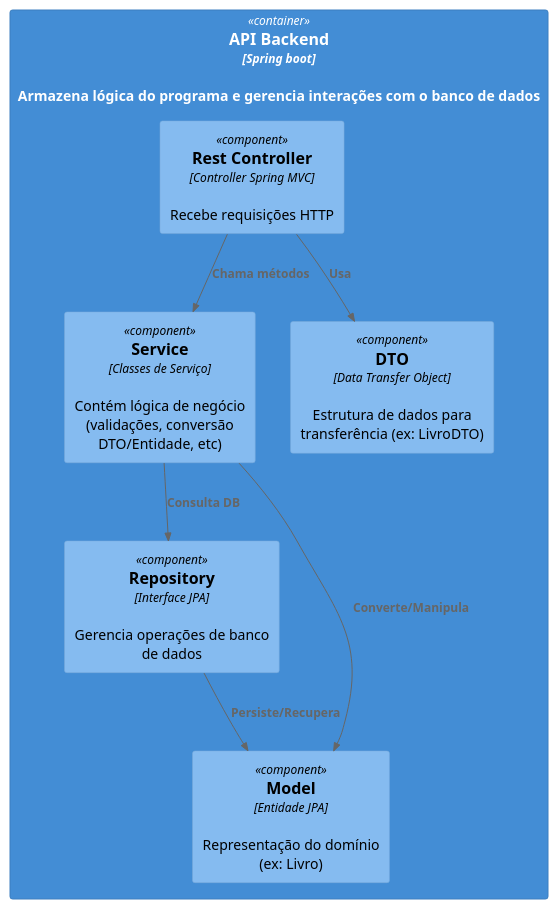
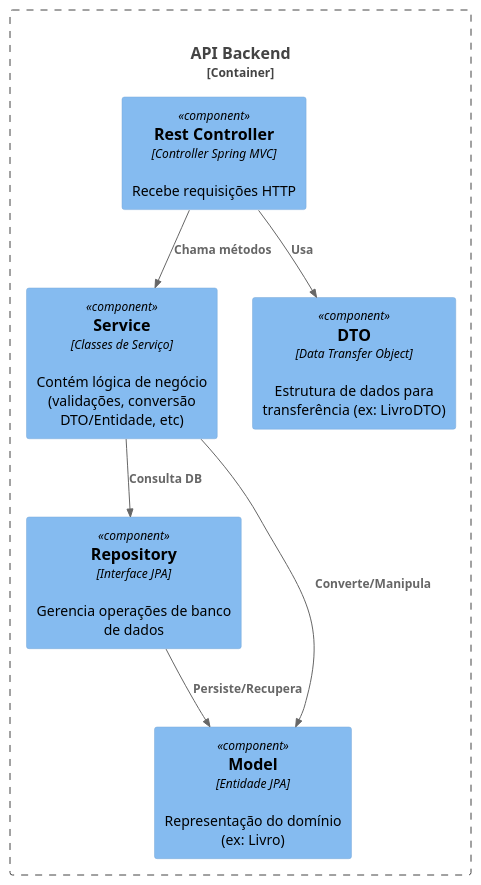
Before and after one commit to nyckturbina/e-library: the diagram in docs/c4-model/Component.puml, drawn with PlantUML.

```diff
--- a/docs/c4-model/Component.puml
+++ b/docs/c4-model/Component.puml
@@ -1,21 +1,21 @@
 @startuml API Backend
 
 !include https://raw.githubusercontent.com/plantuml-stdlib/C4-PlantUML/master/C4_Container.puml
 !include https://raw.githubusercontent.com/plantuml-stdlib/C4-PlantUML/master/C4_Component.puml
 
-Container(api, "API Backend", "Spring boot", "Armazena lógica do programa e gerencia interações com o banco de dados") {
+Container_Boundary(api, "API Backend", "Spring boot", "Armazena lógica do programa e gerencia interações com o banco de dados") {
     Component(control, "Rest Controller", "Controller Spring MVC", "Recebe requisições HTTP")
     Component(service, "Service", "Classes de Serviço", "Contém lógica de negócio (validações, conversão DTO/Entidade, etc)")
     Component(repository, "Repository", "Interface JPA", "Gerencia operações de banco de dados")
     
     Component(dto, "DTO", "Data Transfer Object", "Estrutura de dados para transferência (ex: LivroDTO)")
     Component(model, "Model", "Entidade JPA", "Representação do domínio (ex: Livro)")
 }
 
 Rel(control, dto, "Usa")
 Rel(control, service, "Chama métodos")
 Rel(service, model, "Converte/Manipula")
 Rel(service, repository, "Consulta DB")
 Rel(repository, model, "Persiste/Recupera")
 
 @enduml
```
